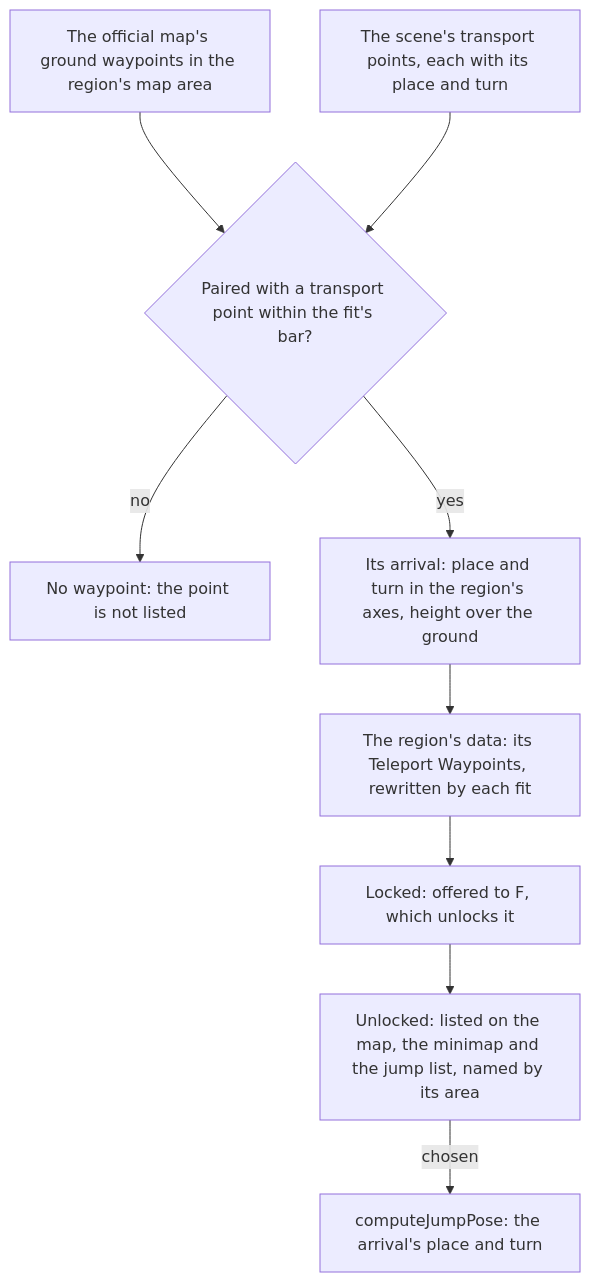
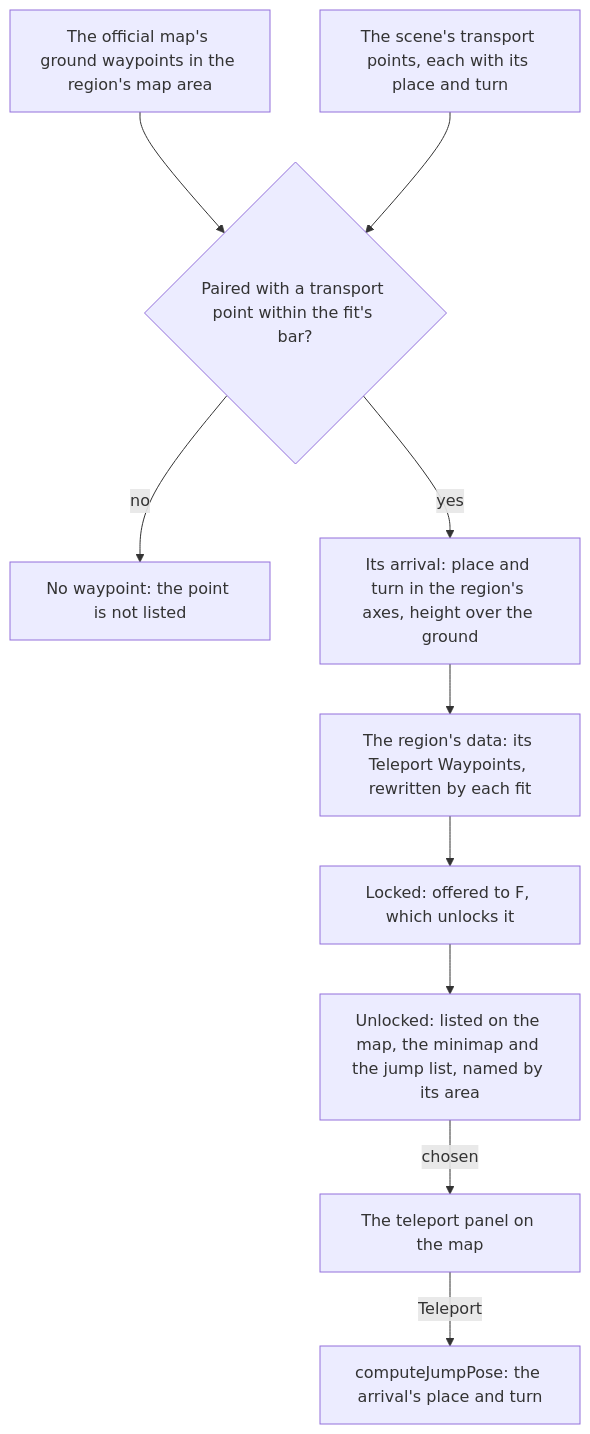
Before and after one commit to Esposter/Esposter: the diagram in openspec/specs/genshin/exploring/design.md, drawn with Mermaid. The commit also changed 4 other files, not shown here.

First line of the commit message:
feat(genshin-world): a chosen landmark opens a teleport panel that names its area and jumps only on Teleport

````diff
--- a/openspec/specs/genshin/exploring/design.md
+++ b/openspec/specs/genshin/exploring/design.md
@@ -7,11 +7,12 @@
 ```mermaid
 flowchart TD
   OM["The official map's ground waypoints in the region's map area"] --> PAIR{"Paired with a transport point within the fit's bar?"}
   TP["The scene's transport points, each with its place and turn"] --> PAIR
   PAIR -->|"no"| NONE["No waypoint: the point is not listed"]
   PAIR -->|"yes"| ARR["Its arrival: place and turn in the region's axes, height over the ground"]
   ARR --> DATA["The region's data: its Teleport Waypoints, rewritten by each fit"]
   DATA --> LOCKED["Locked: offered to F, which unlocks it"]
   LOCKED --> UNLOCKED["Unlocked: listed on the map, the minimap and the jump list, named by its area"]
-  UNLOCKED -->|"chosen"| POSE["computeJumpPose: the arrival's place and turn"]
+  UNLOCKED -->|"chosen"| PANEL["The teleport panel on the map"]
+  PANEL -->|"Teleport"| POSE["computeJumpPose: the arrival's place and turn"]
 ```
````
